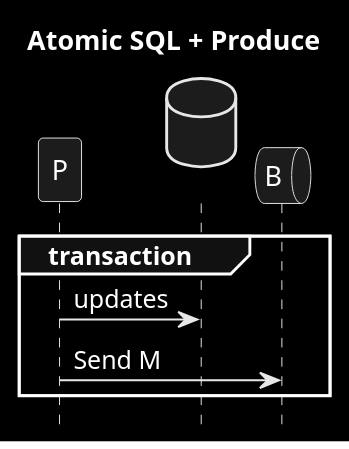
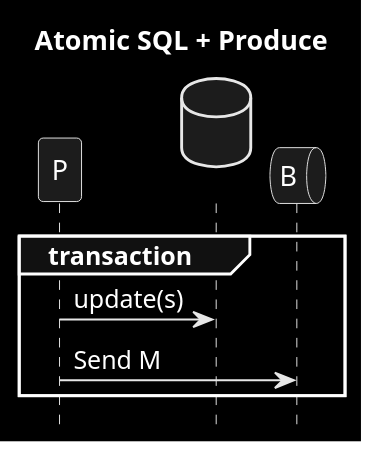
The diagram in patterns/5_dual_db_m.puml (victorrentea/kafka), drawn with PlantUML before and after one commit. The commit also changed 43 other files, not shown here.

```diff
--- a/patterns/5_dual_db_m.puml
+++ b/patterns/5_dual_db_m.puml
@@ -1,12 +1,12 @@
 @startuml
 title Atomic SQL + Produce
 hide footbox
 skinparam monochrome reverse
 database " " as DB order 9
 queue B order 10
 
 group transaction
-    P->DB: updates
+    P->DB: update(s)
     P->B: Send M
 end
 @enduml
```
